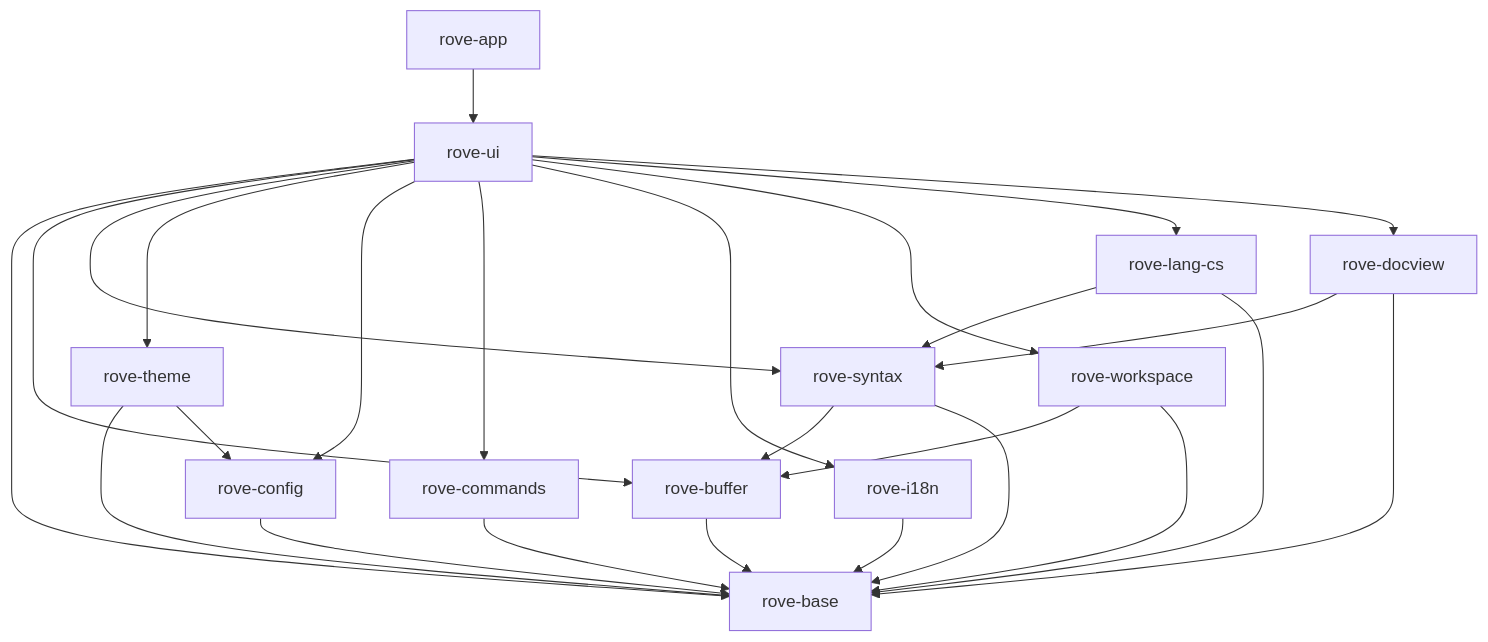
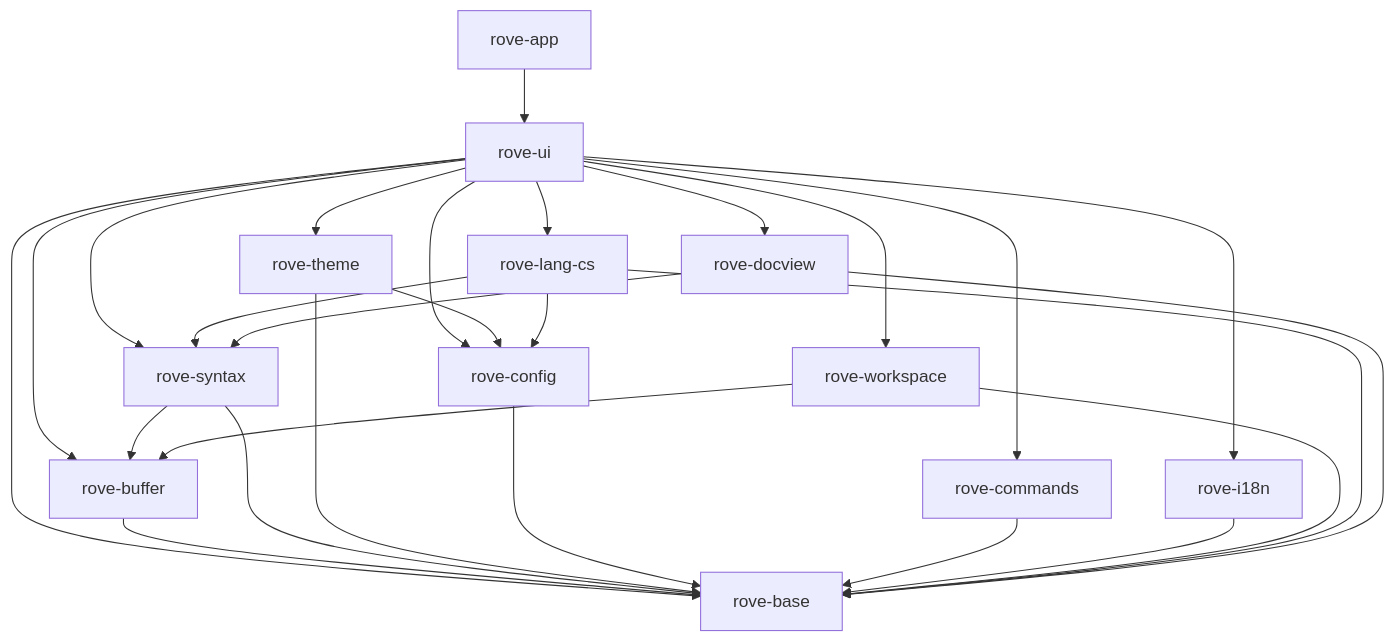
Before and after one commit to Zhao-wl/Rove: the diagram in docs/ARCHITECTURE.md, drawn with Mermaid. The commit also changed other lines of this file and 24 other files, not shown here.

````diff
--- a/docs/ARCHITECTURE.md
+++ b/docs/ARCHITECTURE.md
@@ -16,28 +16,29 @@
 ```mermaid
 flowchart TD
  app[rove-app] --> ui[rove-ui]
  ui --> base[rove-base]
  ui --> buffer[rove-buffer]
  ui --> syntax[rove-syntax]
  ui --> theme[rove-theme]
  ui --> config[rove-config]
  ui --> commands[rove-commands]
  ui --> i18n[rove-i18n]
  ui --> workspace[rove-workspace]
  ui --> cs[rove-lang-cs]
  ui --> docview[rove-docview]
  buffer --> base
  syntax --> buffer
  syntax --> base
  theme --> base
  theme --> config
  config --> base
  commands --> base
  i18n --> base
  workspace --> buffer
  workspace --> base
  cs --> syntax
  cs --> base
  docview --> syntax
  docview --> base
+ cs --> config
 ```
````
